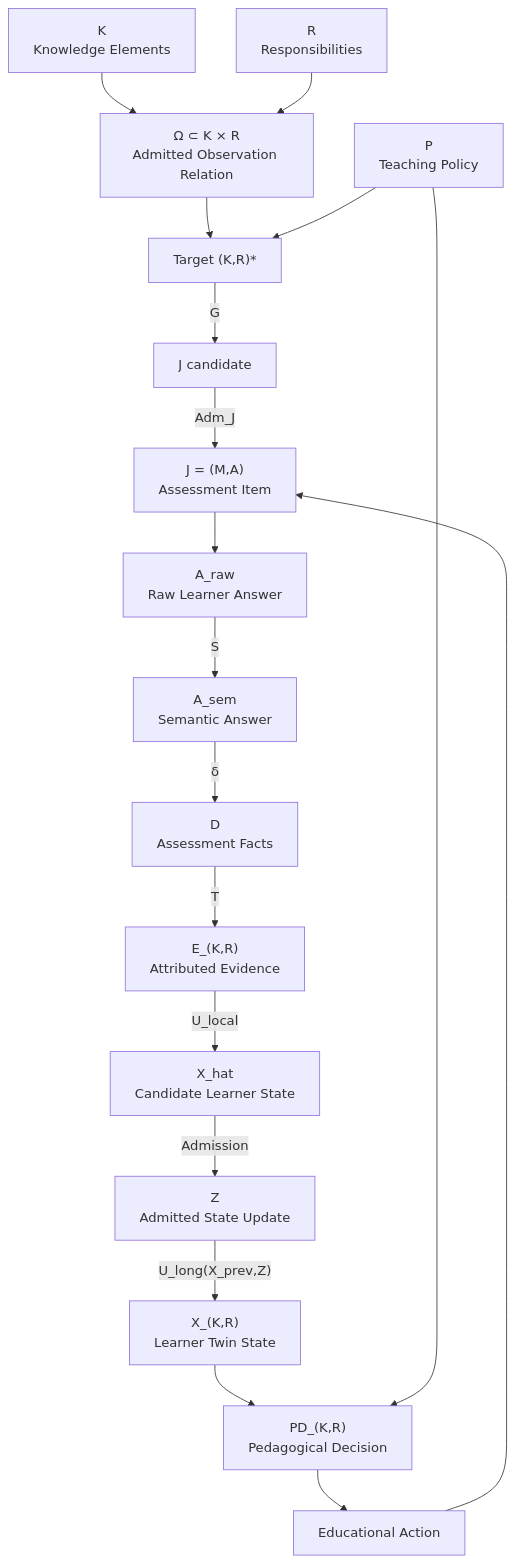
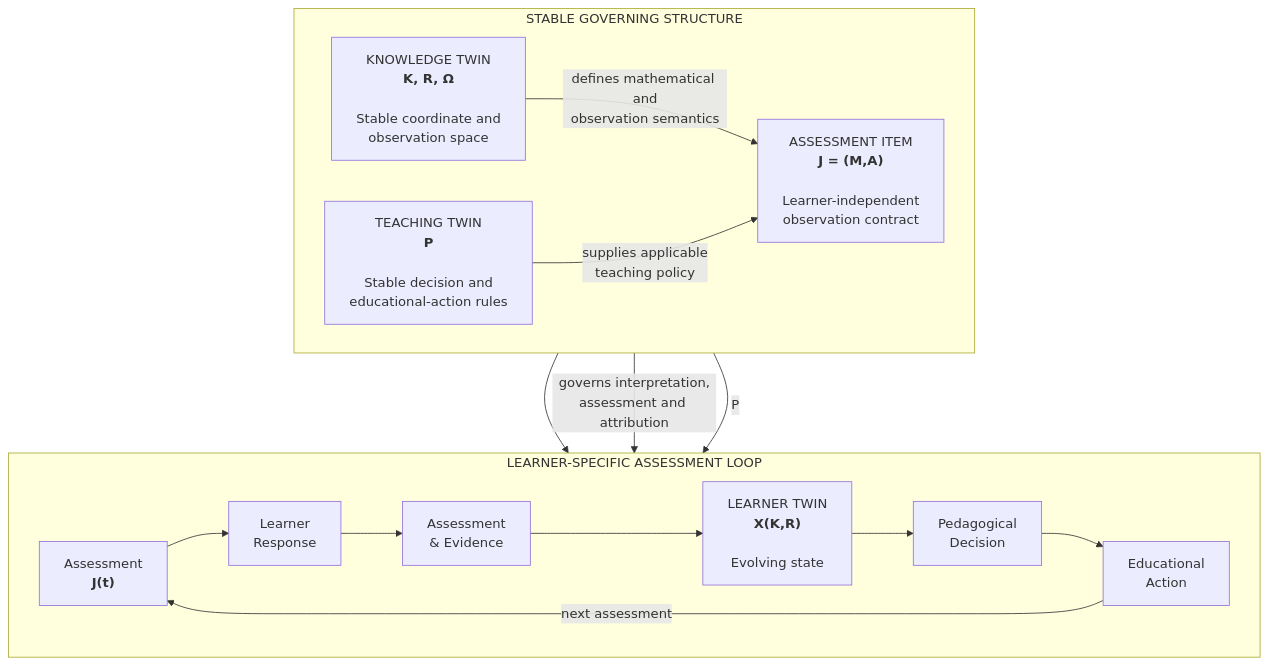
Before and after one commit to thatao72/three-twin-docs: the first of 6 diagrams in content/architecture.md, drawn with Mermaid. The commit also changed other lines of this file, not shown here.

Commit message:
Update architecture control and graph representation

````diff
--- a/content/architecture.md
+++ b/content/architecture.md
@@ -92,31 +107,44 @@
 ```mermaid
-flowchart TD
+flowchart TB
 
-    K["K<br/>Knowledge Elements"]
-    R["R<br/>Responsibilities"]
-    O["Ω ⊂ K × R<br/>Admitted Observation Relation"]
-    P["P<br/>Teaching Policy"]
+    subgraph GOVERNANCE["STABLE GOVERNING STRUCTURE"]
+        direction LR
 
-    K --> O
-    R --> O
+        K["KNOWLEDGE TWIN<br/><b>K, R, Ω</b><br/><br/>Stable coordinate and<br/>observation space"]
 
-    O --> TARGET["Target (K,R)*"]
-    P --> TARGET
+        J0["ASSESSMENT ITEM<br/><b>J = (M,A)</b><br/><br/>Learner-independent<br/>observation contract"]
 
-    TARGET -->|"G"| JC["J candidate"]
-    JC -->|"Adm_J"| J["J = (M,A)<br/>Assessment Item"]
+        TWIN_T["TEACHING TWIN<br/><b>P</b><br/><br/>Stable decision and<br/>educational-action rules"]
 
-    J --> AR["A_raw<br/>Raw Learner Answer"]
-    AR -->|"S"| AS["A_sem<br/>Semantic Answer"]
-    AS -->|"δ"| D["D<br/>Assessment Facts"]
-    D -->|"T"| E["E_(K,R)<br/>Attributed Evidence"]
-    E -->|"U_local"| XH["X_hat<br/>Candidate Learner State"]
-    XH -->|"Admission"| Z["Z<br/>Admitted State Update"]
-    Z -->|"U_long(X_prev,Z)"| X["X_(K,R)<br/>Learner Twin State"]
+        K -->|"defines mathematical and<br/>observation semantics"| J0
+        TWIN_T -->|"supplies applicable<br/>teaching policy"| J0
+    end
 
-    X --> PD["PD_(K,R)<br/>Pedagogical Decision"]
-    P --> PD
+    subgraph LOOP["LEARNER-SPECIFIC ASSESSMENT LOOP"]
+        direction LR
 
-    PD --> EA["Educational Action"]
-    EA --> J
+        J["Assessment<br/><b>J(t)</b>"]
+
+        A["Learner<br/>Response"]
+
+        E["Assessment<br/>& Evidence"]
+
+        L["LEARNER TWIN<br/><b>X(K,R)</b><br/><br/>Evolving state"]
+
+        PD["Pedagogical<br/>Decision"]
+
+        EA["Educational<br/>Action"]
+
+        J --> A
+        A --> E
+        E --> L
+        L --> PD
+        PD --> EA
+        EA -->|"next assessment"| J
+    end
+
+    J0 --> J
+    J0 -->|"governs interpretation,<br/>assessment and attribution"| E
+
+    TWIN_T -->|"P"| PD
 ```
````
